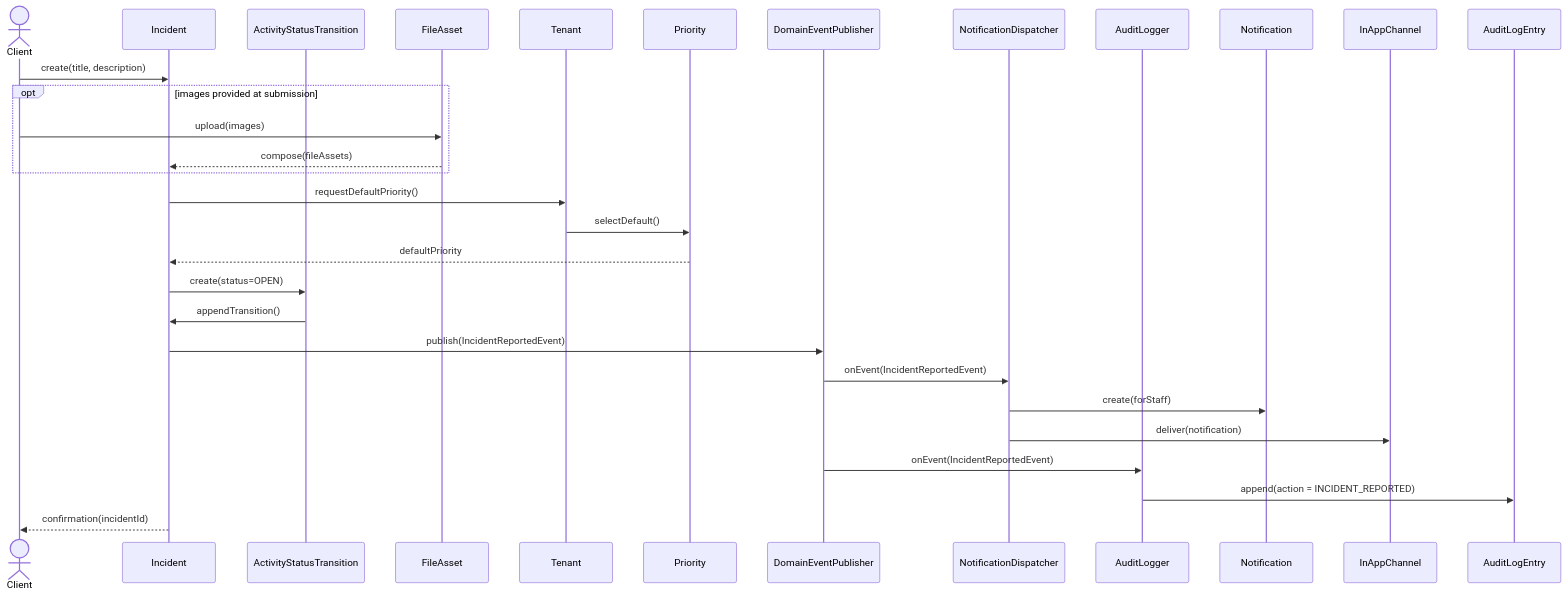
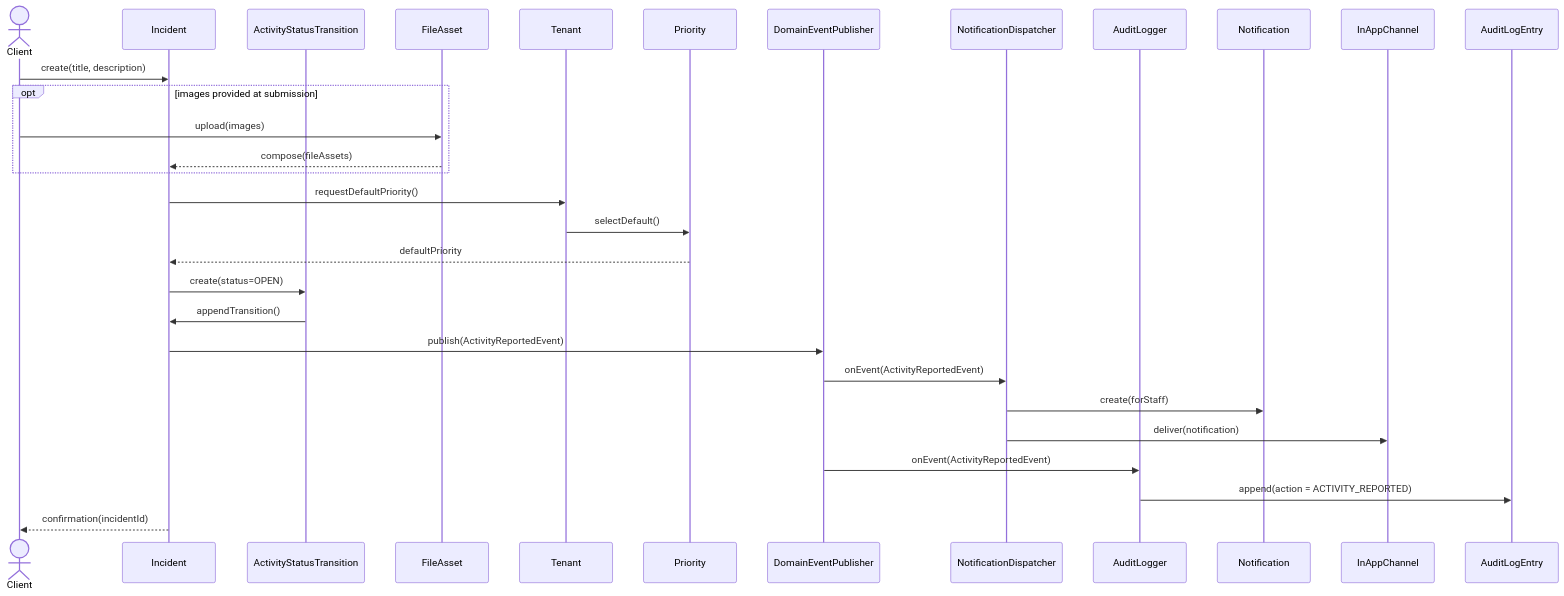
The first of 16 diagrams in docs/CMMS-AnalysisWorkflow.md (mariogarcia79/cmms-platform), drawn with Mermaid before and after one commit. The commit also changed other lines of this file, not shown here.

Commit message:
docs: check use cases, fix typos with event types and arguments

````diff
--- a/docs/CMMS-AnalysisWorkflow.md
+++ b/docs/CMMS-AnalysisWorkflow.md
@@ -174,30 +174,30 @@
 ```mermaid
 sequenceDiagram
     actor Client
     participant Incident
     participant AST as ActivityStatusTransition
     participant FileAsset
     participant Tenant
     participant Priority
     participant Publisher as DomainEventPublisher
     participant Notifier as NotificationDispatcher
     participant Auditor as AuditLogger
 
     Client->>Incident: create(title, description)
     opt images provided at submission
         Client->>FileAsset: upload(images)
         FileAsset-->>Incident: compose(fileAssets)
     end
     Incident->>Tenant: requestDefaultPriority()
     Tenant->>Priority: selectDefault()
     Priority-->>Incident: defaultPriority
     Incident->>AST: create(status=OPEN)
     AST->>Incident: appendTransition()
-    Incident->>Publisher: publish(IncidentReportedEvent)
-    Publisher->>Notifier: onEvent(IncidentReportedEvent)
+    Incident->>Publisher: publish(ActivityReportedEvent)
+    Publisher->>Notifier: onEvent(ActivityReportedEvent)
     Notifier->>Notification: create(forStaff)
     Notifier->>InAppChannel: deliver(notification)
-    Publisher->>Auditor: onEvent(IncidentReportedEvent)
-    Auditor->>AuditLogEntry: append(action = INCIDENT_REPORTED)
+    Publisher->>Auditor: onEvent(ActivityReportedEvent)
+    Auditor->>AuditLogEntry: append(action = ACTIVITY_REPORTED)
     Incident-->>Client: confirmation(incidentId)
 ```
````
